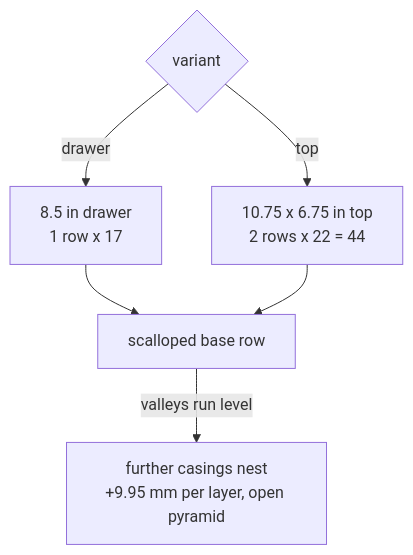
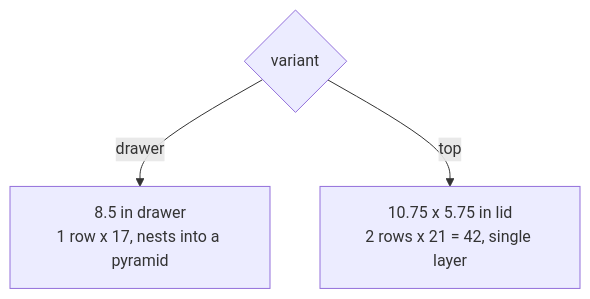
The diagram in lode/fixture/display-plate.md (jfryman/30-06-bullet-jig), drawn with Mermaid before and after one commit. The commit also changed other lines of this file and 6 other files, not shown here.

First line of the commit message:
Fix top plate for the real lid: 5.75in depth and the 8mm lip

````diff
--- a/lode/fixture/display-plate.md
+++ b/lode/fixture/display-plate.md
@@ -32,8 +30,5 @@
 ```mermaid
 flowchart TB
-    V{variant} -->|drawer| DR["8.5 in drawer<br/>1 row x 17"]
-    V -->|top| TP["10.75 x 6.75 in top<br/>2 rows x 22 = 44"]
-    DR --> CR["scalloped base row"]
-    TP --> CR
-    CR -->|valleys run level| NEST["further casings nest<br/>+9.95 mm per layer, open pyramid"]
+    V{variant} -->|drawer| DR["8.5 in drawer<br/>1 row x 17, nests into a pyramid"]
+    V -->|top| TP["10.75 x 5.75 in lid<br/>2 rows x 21 = 42, single layer"]
 ```
````
